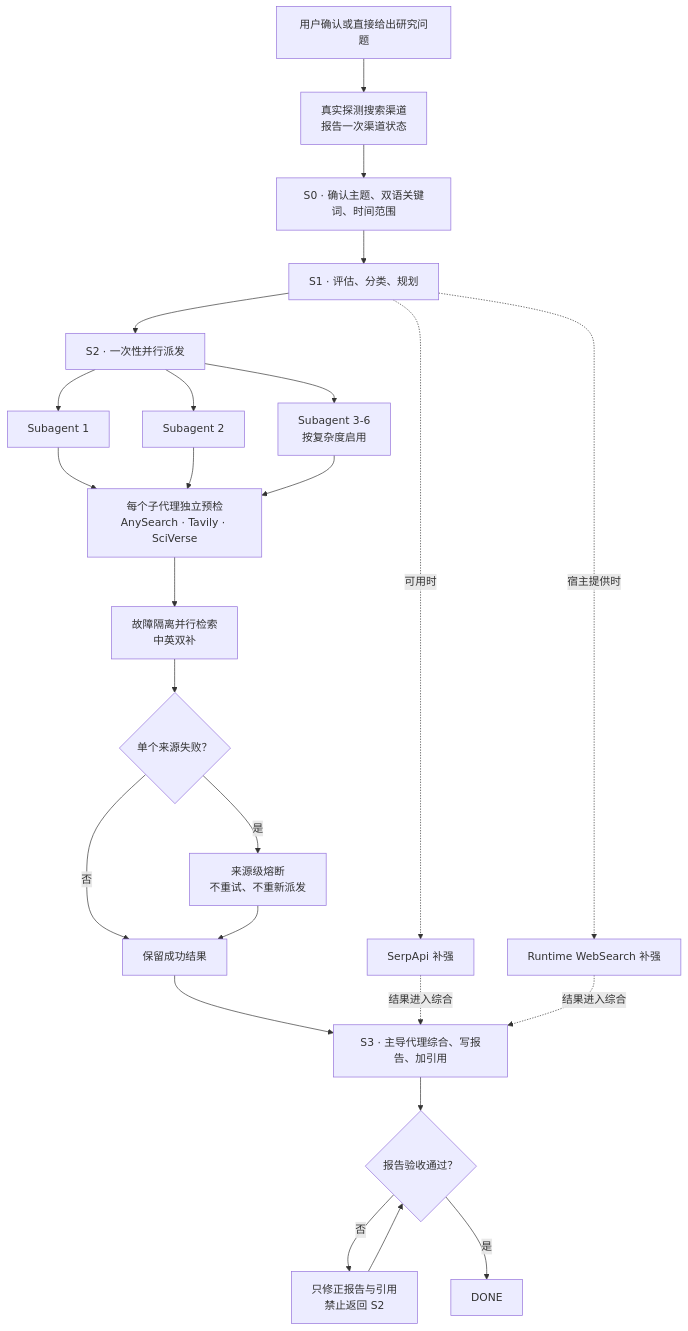
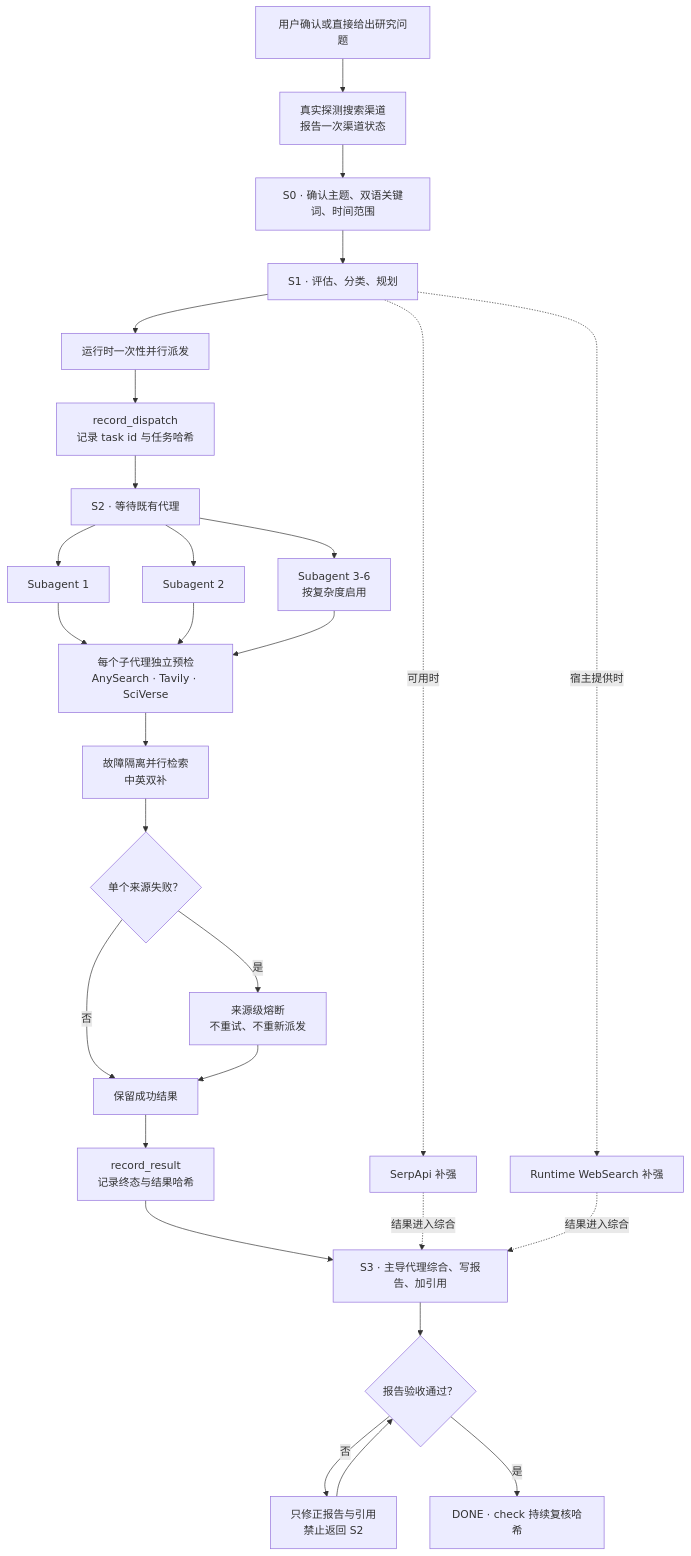
One commit to jefeerzhang/tri-research-skill changed the diagram in README.md. Above: the diagram before and after it, drawn with Mermaid. The commit also changed other lines of this file and 2 other files, not shown here.

````diff
--- a/README.md
+++ b/README.md
@@ -35,31 +50,34 @@
 ```mermaid
 flowchart TD
     U["用户确认或直接给出研究问题"] --> P["真实探测搜索渠道<br/>报告一次渠道状态"]
     P --> S0["S0 · 确认主题、双语关键词、时间范围"]
     S0 --> S1["S1 · 评估、分类、规划"]
 
-    S1 --> S2["S2 · 一次性并行派发"]
+    S1 --> D["运行时一次性并行派发"]
+    D --> L["record_dispatch<br/>记录 task id 与任务哈希"]
+    L --> S2["S2 · 等待既有代理"]
     S1 -. "可用时" .-> SP["SerpApi 补强"]
     S1 -. "宿主提供时" .-> WS["Runtime WebSearch 补强"]
 
     S2 --> A1["Subagent 1"]
     S2 --> A2["Subagent 2"]
     S2 --> AN["Subagent 3-6<br/>按复杂度启用"]
 
     A1 --> PF["每个子代理独立预检<br/>AnySearch · Tavily · SciVerse"]
     A2 --> PF
     AN --> PF
     PF --> Q["故障隔离并行检索<br/>中英双补"]
     Q --> F{"单个来源失败？"}
     F -- "是" --> CB["来源级熔断<br/>不重试、不重新派发"]
     F -- "否" --> R["保留成功结果"]
     CB --> R
 
-    R --> S3["S3 · 主导代理综合、写报告、加引用"]
+    R --> E["record_result<br/>记录终态与结果哈希"]
+    E --> S3["S3 · 主导代理综合、写报告、加引用"]
     SP -. "结果进入综合" .-> S3
     WS -. "结果进入综合" .-> S3
     S3 --> V{"报告验收通过？"}
     V -- "否" --> FIX["只修正报告与引用<br/>禁止返回 S2"]
     FIX --> V
-    V -- "是" --> DONE["DONE"]
+    V -- "是" --> DONE["DONE · check 持续复核哈希"]
 ```
````
